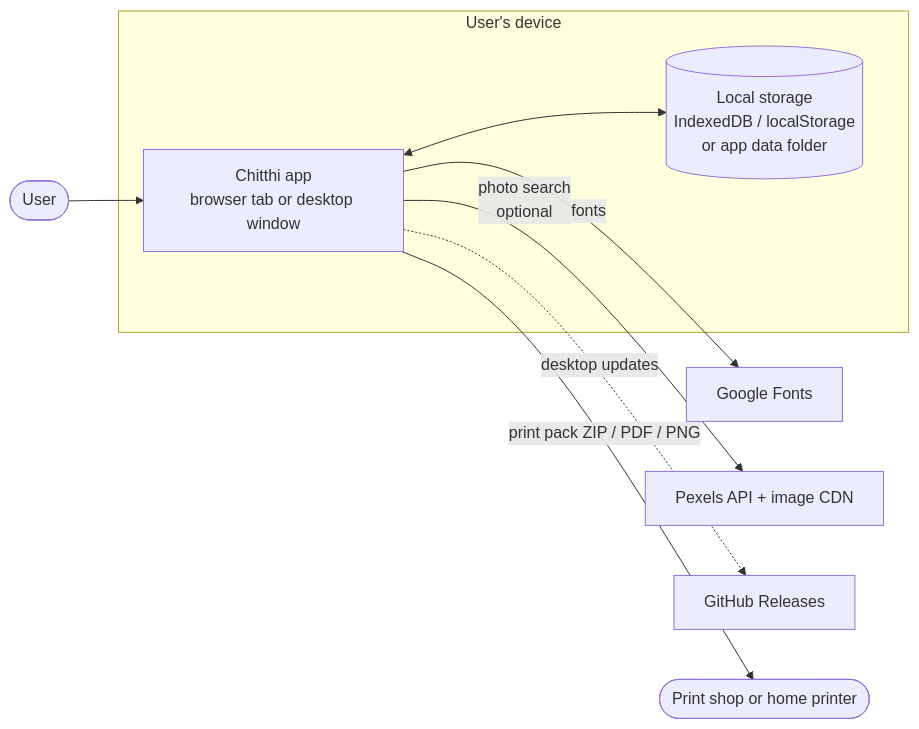
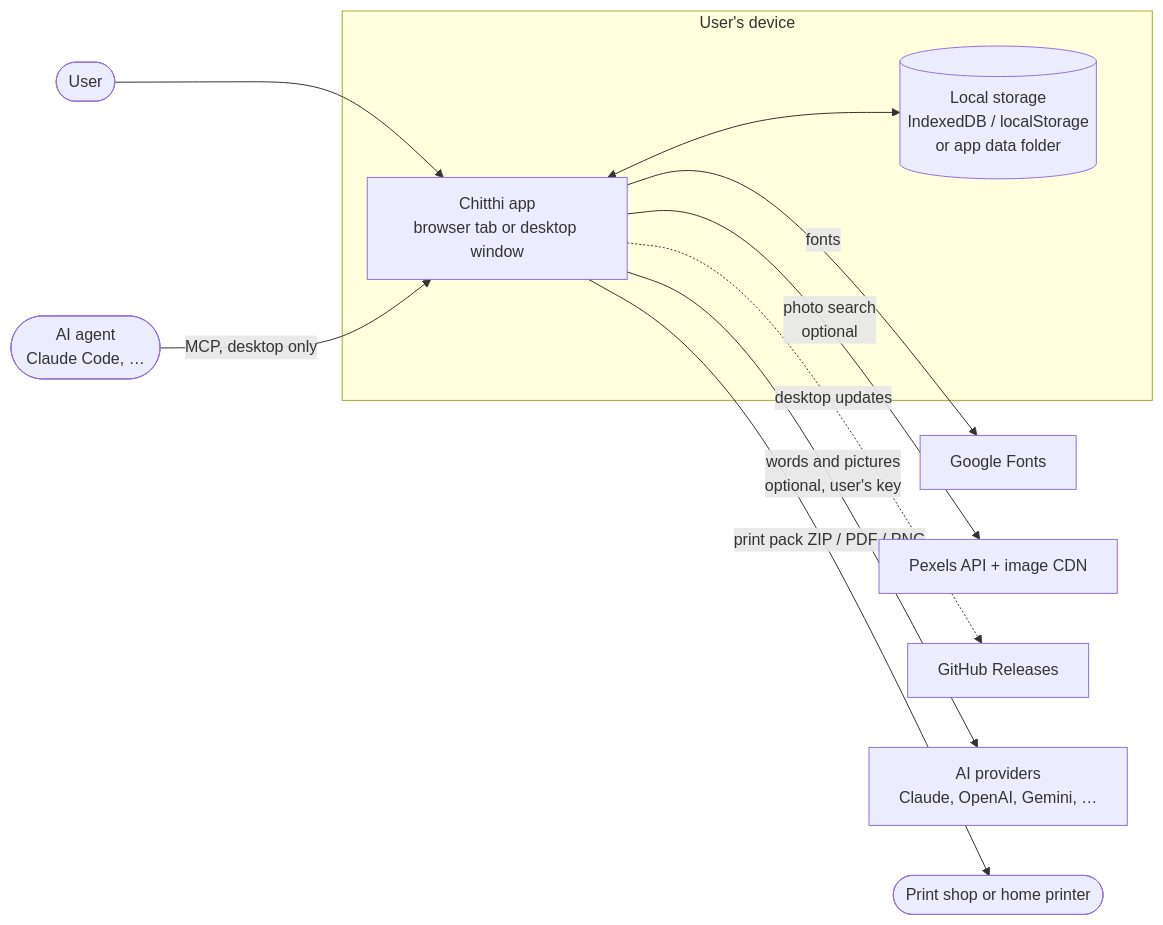
Before and after one commit to RVicky172/Chitthi: the first of 3 diagrams in docs/HLD.md, drawn with Mermaid. The commit also changed other lines of this file and 75 other files, not shown here.

````diff
--- a/docs/HLD.md
+++ b/docs/HLD.md
@@ -20,13 +20,15 @@
 ```mermaid
 flowchart LR
   user([User]) --> app
   subgraph device[User's device]
     app[Chitthi app<br/>browser tab or desktop window]
     store[(Local storage<br/>IndexedDB / localStorage<br/>or app data folder)]
     app <--> store
   end
   app -- fonts --> gf[Google Fonts]
   app -- photo search<br/>optional --> px[Pexels API + image CDN]
   app -. desktop updates .-> gh[GitHub Releases]
+  app -- words and pictures<br/>optional, user's key --> ai[AI providers<br/>Claude, OpenAI, Gemini, …]
+  agent([AI agent<br/>Claude Code, …]) -- MCP, desktop only --> app
   app -- print pack ZIP / PDF / PNG --> shop([Print shop or home printer])
 ```
````
